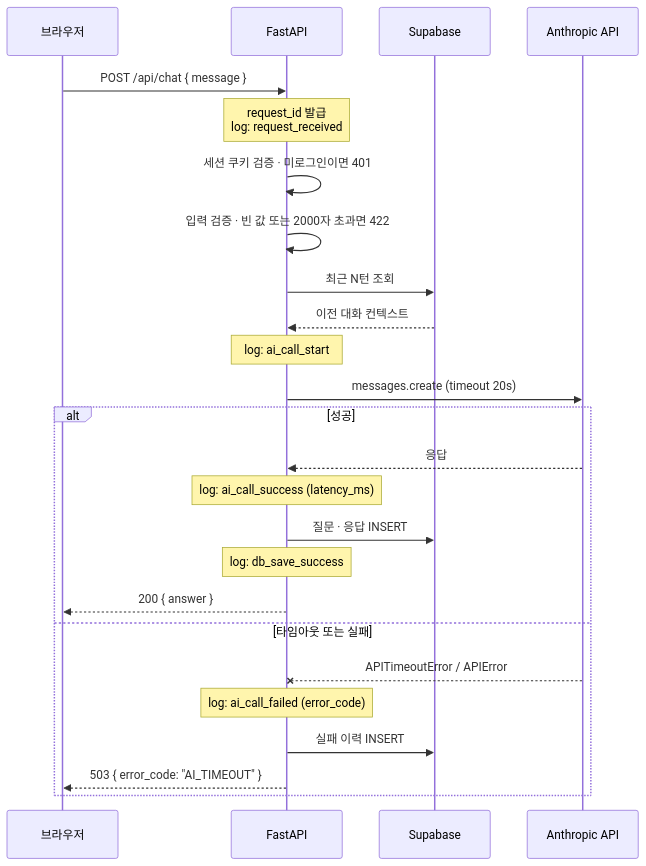
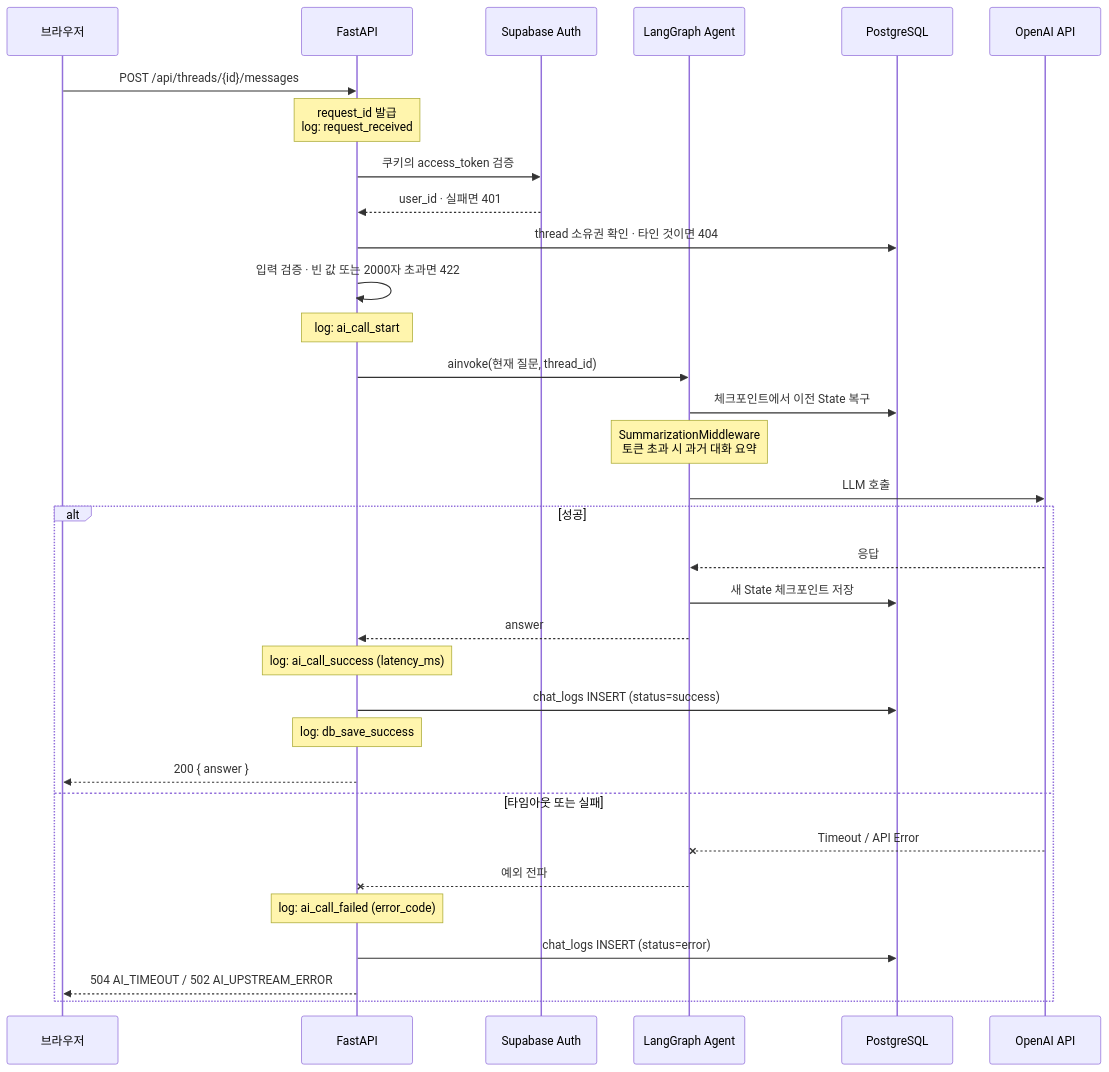
The third of 4 diagrams in docs/architecture.md (codyssey-ai/chatbot-api), drawn with Mermaid before and after one commit. The commit also changed other lines of this file and 7 other files, not shown here.

First line of the commit message:
docs: 인증을 Supabase Auth 로 확정하고 문서 정합성 정리

````diff
--- a/docs/architecture.md
+++ b/docs/architecture.md
@@ -54,30 +61,38 @@
 ```mermaid
 sequenceDiagram
     participant B as 브라우저
     participant F as FastAPI
-    participant D as Supabase
-    participant A as Anthropic API
+    participant S as Supabase Auth
+    participant G as LangGraph Agent
+    participant D as PostgreSQL
+    participant A as OpenAI API
 
-    B->>F: POST /api/chat { message }
+    B->>F: POST /api/threads/{id}/messages
     Note over F: request_id 발급<br/>log: request_received
-    F->>F: 세션 쿠키 검증 · 미로그인이면 401
+    F->>S: 쿠키의 access_token 검증
+    S-->>F: user_id · 실패면 401
+    F->>D: thread 소유권 확인 · 타인 것이면 404
     F->>F: 입력 검증 · 빈 값 또는 2000자 초과면 422
-    F->>D: 최근 N턴 조회
-    D-->>F: 이전 대화 컨텍스트
 
     Note over F: log: ai_call_start
-    F->>A: messages.create (timeout 20s)
+    F->>G: ainvoke(현재 질문, thread_id)
+    G->>D: 체크포인트에서 이전 State 복구
+    Note over G: SummarizationMiddleware<br/>토큰 초과 시 과거 대화 요약
+    G->>A: LLM 호출
 
     alt 성공
-        A-->>F: 응답
+        A-->>G: 응답
+        G->>D: 새 State 체크포인트 저장
+        G-->>F: answer
         Note over F: log: ai_call_success (latency_ms)
-        F->>D: 질문 · 응답 INSERT
+        F->>D: chat_logs INSERT (status=success)
         Note over F: log: db_save_success
         F-->>B: 200 { answer }
     else 타임아웃 또는 실패
-        A--xF: APITimeoutError / APIError
+        A--xG: Timeout / API Error
+        G--xF: 예외 전파
         Note over F: log: ai_call_failed (error_code)
-        F->>D: 실패 이력 INSERT
-        F-->>B: 503 { error_code: "AI_TIMEOUT" }
+        F->>D: chat_logs INSERT (status=error)
+        F-->>B: 504 AI_TIMEOUT / 502 AI_UPSTREAM_ERROR
     end
 ```
````
